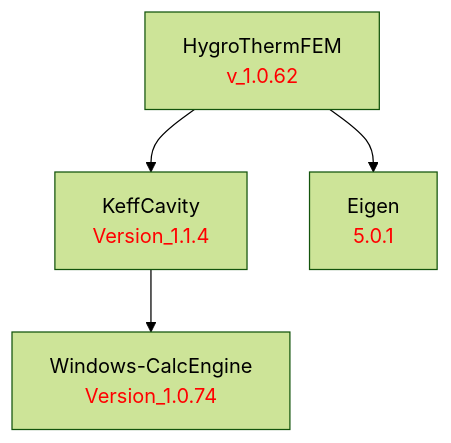
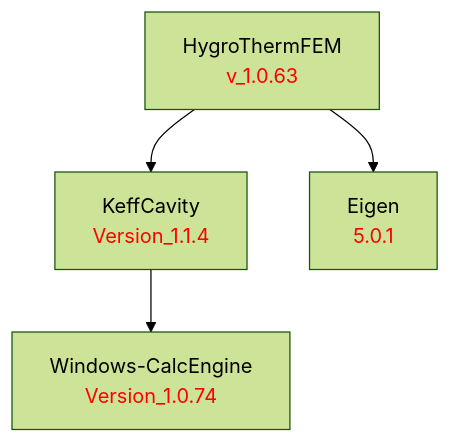
Before and after one commit to LBNL-ETA/HygroThermFEM: the diagram in doc/HygroThermFEM.md, drawn with Mermaid (forest theme). The commit also changed 1 other file, not shown here.

Commit message:
Bump to v_1.0.63

````diff
--- a/doc/HygroThermFEM.md
+++ b/doc/HygroThermFEM.md
@@ -1,13 +1,13 @@
 ```mermaid
 graph TD
     %% Package definitions
-    HygroThermFEM[HygroThermFEM<br/><font color='red'>v_1.0.62</font>]
+    HygroThermFEM[HygroThermFEM<br/><font color='red'>v_1.0.63</font>]
     KeffCavity[KeffCavity<br/><font color='red'>Version_1.1.4</font>]
     Eigen[Eigen<br/><font color='red'>5.0.1</font>]
     WindowsCalcEngine[Windows-CalcEngine<br/><font color='red'>Version_1.0.74</font>]
 
     %% Package relations
     HygroThermFEM --> KeffCavity
     HygroThermFEM --> Eigen
     KeffCavity --> WindowsCalcEngine
 ```
````
